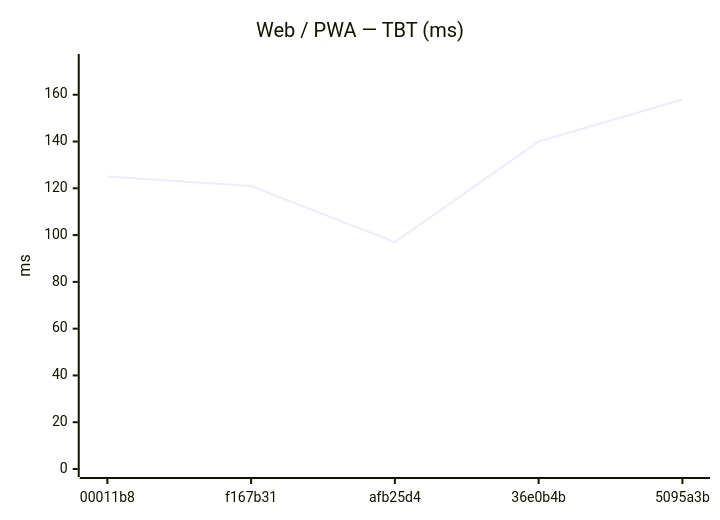
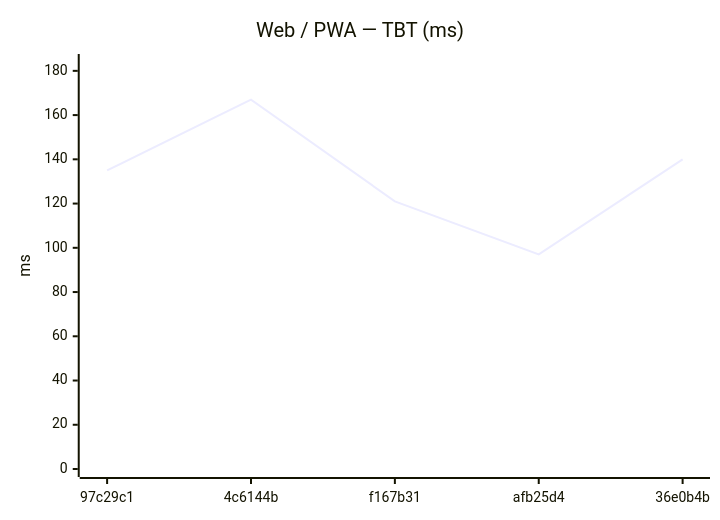
One commit to Metaheurist/Rianell changed the eighth of 18 diagrams in benchmarks/compare.md. Above: the diagram before and after it, drawn with Mermaid. The commit also changed other lines of this file and 11 other files, not shown here.

````diff
--- a/benchmarks/compare.md
+++ b/benchmarks/compare.md
@@ -124,7 +124,7 @@
 ```mermaid
 xychart-beta
     title "Web / PWA — TBT (ms)"
-    x-axis ["00011b8", "f167b31", "afb25d4", "36e0b4b", "5095a3b"]
-    y-axis "ms" 0 --> 174
-    line [125, 121, 97, 140, 158]
+    x-axis ["97c29c1", "4c6144b", "f167b31", "afb25d4", "36e0b4b"]
+    y-axis "ms" 0 --> 184
+    line [135, 167, 121, 97, 140]
 ```
````
